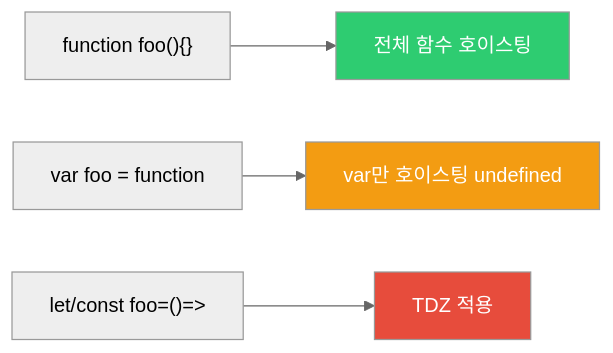
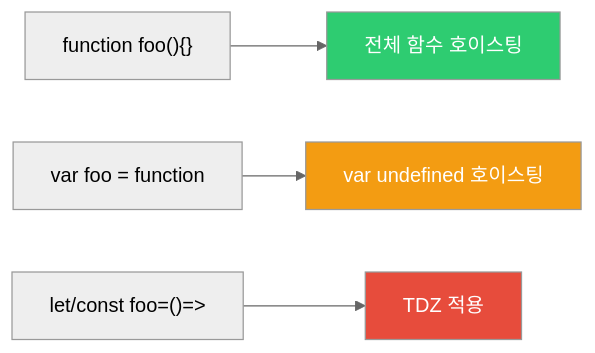
The seventh of 9 diagrams in _posts/frontend/2026-05-02-js-var-let-const.md (yjkim2015/yjkim2015.github.io), drawn with Mermaid (neutral theme) before and after one commit. The commit also changed other lines of this file and 245 other files, not shown here.

First line of the commit message:
Mermaid 다이어그램 전면 수정 + 면접 포인트 접기/펼치기 + DB 데드락 페이지

````diff
--- a/_posts/frontend/2026-05-02-js-var-let-const.md
+++ b/_posts/frontend/2026-05-02-js-var-let-const.md
@@ -349,9 +349,9 @@
 ```mermaid
 flowchart LR
     A["function foo(){}"] --> A1["전체 함수 호이스팅"]
-    B["var foo = function"] --> B1["var만 호이스팅 undefined"]
+    B["var foo = function"] --> B1["var undefined 호이스팅"]
     C["let/const foo=()=>"] --> C1["TDZ 적용"]
     style A1 fill:#2ecc71,color:#fff
     style B1 fill:#f39c12,color:#fff
     style C1 fill:#e74c3c,color:#fff
 ```
````
